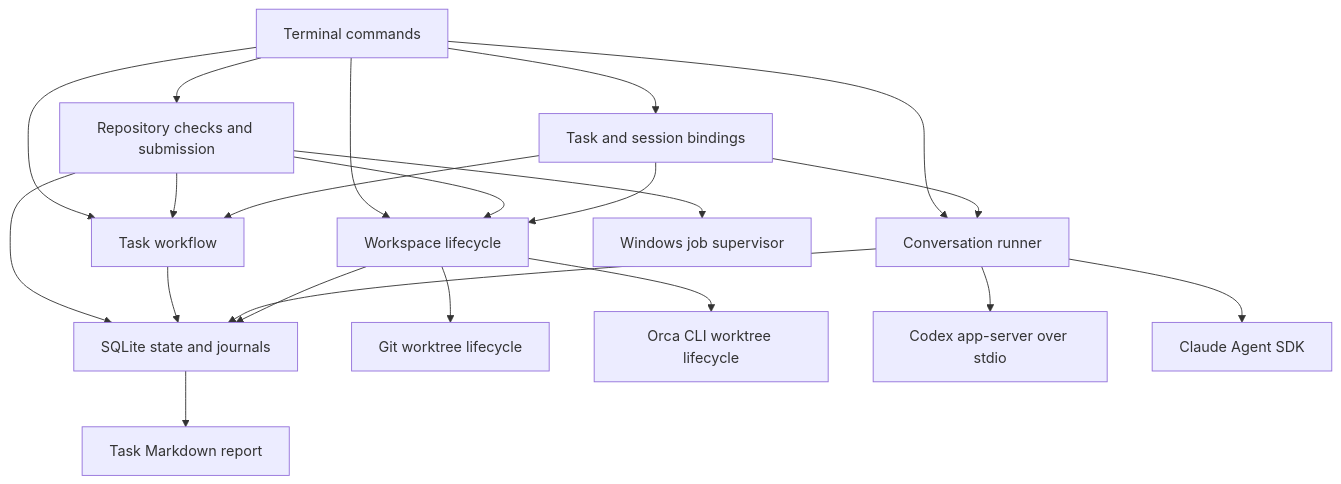
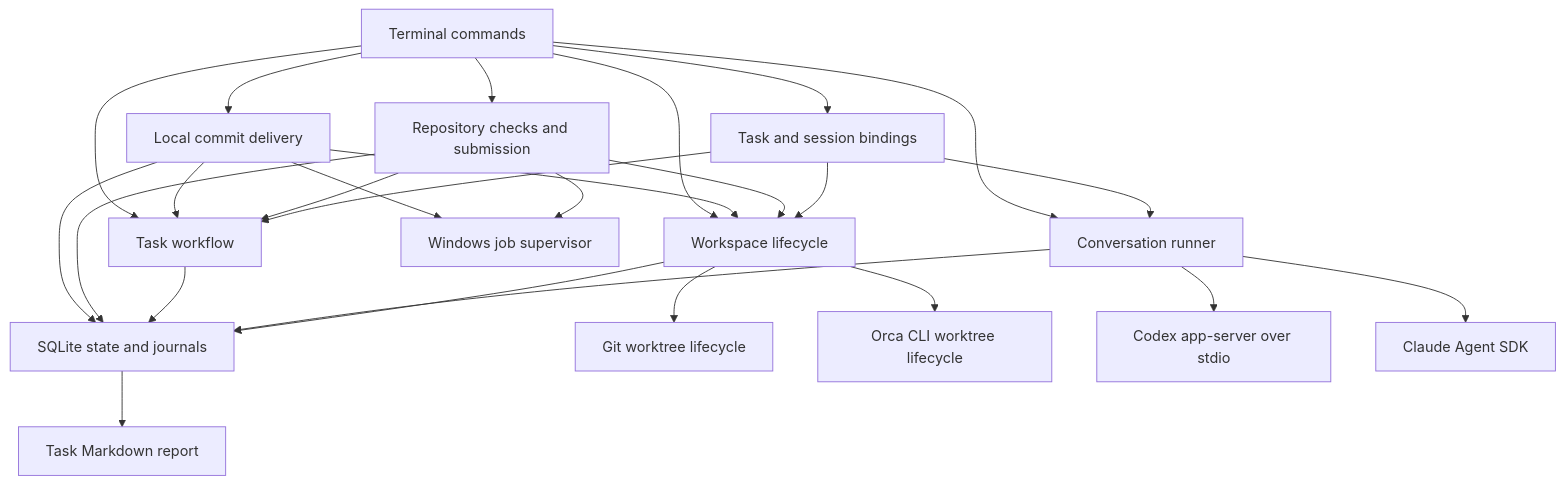
The diagram in docs/ARCHITECTURE.md (jazzonaut/grampus), drawn with Mermaid before and after one commit. The commit also changed other lines of this file and 12 other files, not shown here.

Commit message:
Add verified local commit delivery and receipt-based recovery

````diff
--- a/docs/ARCHITECTURE.md
+++ b/docs/ARCHITECTURE.md
@@ -9,23 +9,28 @@
 ```mermaid
 flowchart TD
     CLI[Terminal commands] --> Workflow[Task workflow]
     CLI --> Sessions[Conversation runner]
     CLI --> Workspaces[Workspace lifecycle]
     CLI --> Executions[Task and session bindings]
     CLI --> Checks[Repository checks and submission]
+    CLI --> Deliveries[Local commit delivery]
+    Deliveries --> Store
+    Deliveries --> Workspaces
+    Deliveries --> Workflow
+    Deliveries --> Job
     Checks --> Workspaces
     Checks --> Workflow
     Checks --> Store
     Checks --> Job[Windows job supervisor]
     Executions --> Workflow
     Executions --> Sessions
     Executions --> Workspaces
     Workflow --> Store[SQLite state and journals]
     Sessions --> Store
     Workspaces --> Store
     Workspaces --> Git[Git worktree lifecycle]
     Workspaces --> Orca[Orca CLI worktree lifecycle]
     Sessions --> Codex[Codex app-server over stdio]
     Sessions --> Claude[Claude Agent SDK]
     Store --> Report[Task Markdown report]
 ```
````
